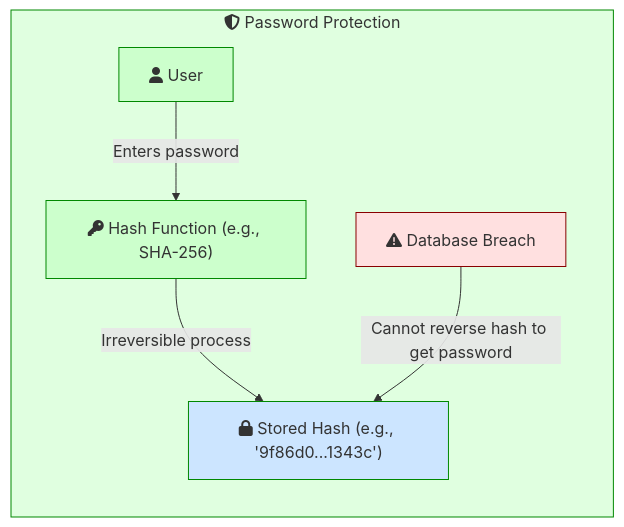
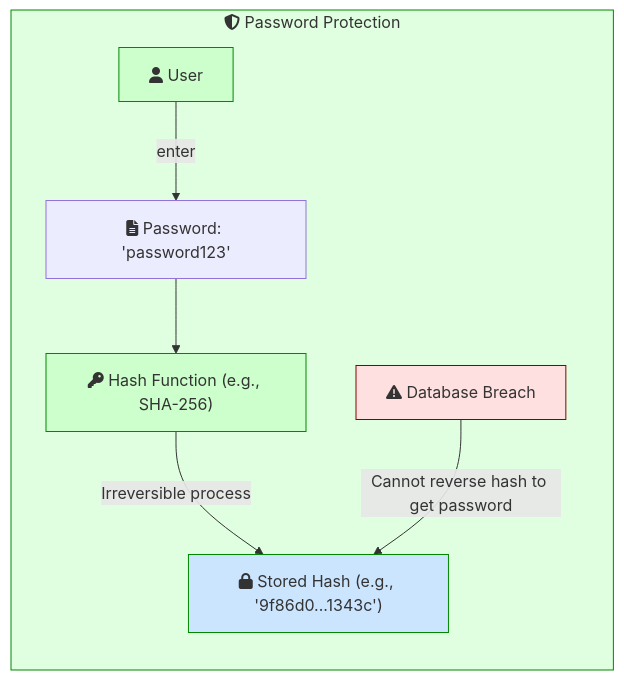
One commit to kelvin-bz/blog changed the second of 9 diagrams in _posts/2024-06-30-password-hassing.md. Above: the diagram before and after it, drawn with Mermaid. The commit also changed other lines of this file, not shown here.

````diff
--- a/_posts/2024-06-30-password-hassing.md
+++ b/_posts/2024-06-30-password-hassing.md
@@ -25,14 +25,16 @@
 ```mermaid
 graph LR
 subgraph passwordProtection["fa:fa-shield-alt Password Protection"]
-    user["fa:fa-user User"] -->|"Enters password"| hashFunction["fa:fa-key Hash Function (e.g., SHA-256)"]
+    user["fa:fa-user User"] -->|enter|plainText["fa:fa-file-alt Password: 'password123'"]
+    
+    plainText --> hashFunction["fa:fa-key Hash Function (e.g., SHA-256)"]
     hashFunction -->|"Irreversible process"| storedHash["fa:fa-lock Stored Hash (e.g., '9f86d0...1343c')"]
     databaseBreach["fa:fa-exclamation-triangle Database Breach"] -->|"Cannot reverse hash to get password"| storedHash
 end
 
 style passwordProtection fill:#e0ffe0,stroke:#080
 style user fill:#ccffcc,stroke:#080
 style hashFunction fill:#ccffcc,stroke:#080
 style storedHash fill:#cce5ff,stroke:#080
 style databaseBreach fill:#ffe0e0,stroke:#800
 ```
````
